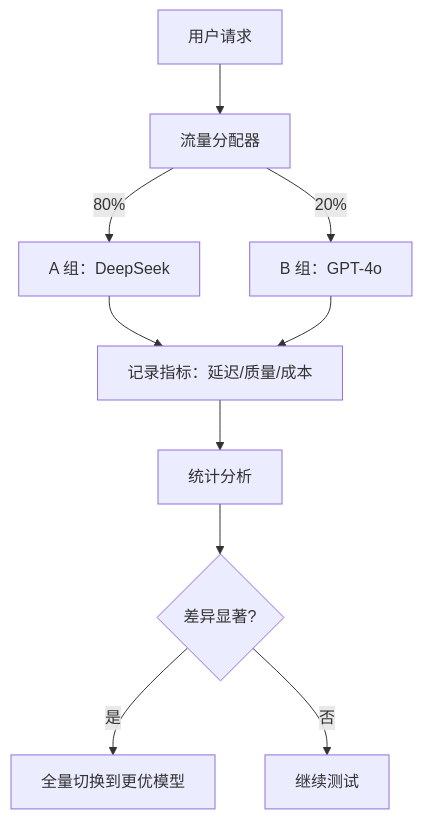
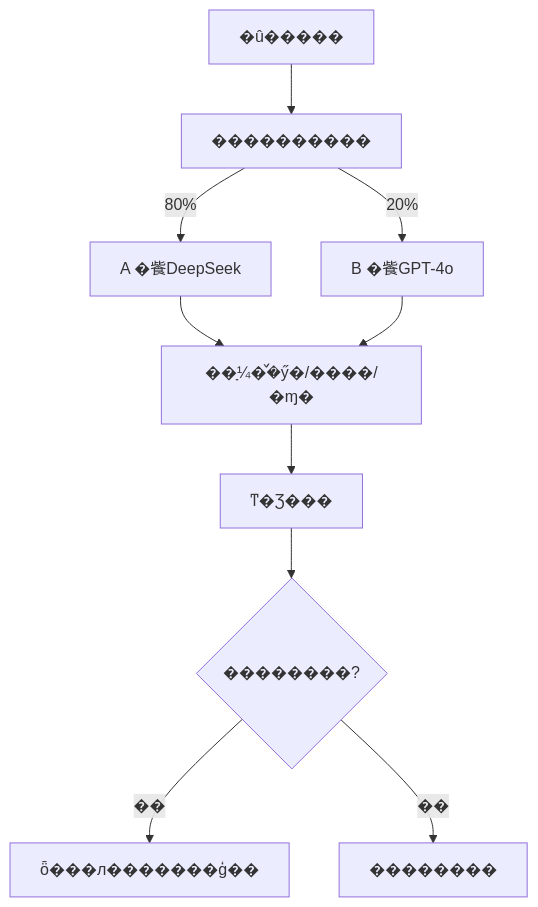
The sixth of 8 diagrams in content/post/ai-interview/SpringAI如何接入多种模型.zh-CN.md (TimeHunter618/hugo-maid-dev), drawn with Mermaid before and after one commit. The commit also changed other lines of this file and 70 other files, not shown here.

````diff
--- a/content/post/ai-interview/SpringAI如何接入多种模型.zh-CN.md
+++ b/content/post/ai-interview/SpringAI如何接入多种模型.zh-CN.md
@@ -562,12 +562,12 @@
 ```mermaid
 graph TD
-    A[用户请求] --> B[流量分配器]
-    B -->|80%| C[A 组：DeepSeek]
-    B -->|20%| D[B 组：GPT-4o]
-    C --> E[记录指标：延迟/质量/成本]
+    A[�û�����] --> B[����������]
+    B -->|80%| C[A �飺DeepSeek]
+    B -->|20%| D[B �飺GPT-4o]
+    C --> E[��¼ָ�꣺�ӳ�/����/�ɱ�]
     D --> E
-    E --> F[统计分析]
-    F --> G{差异显著?}
-    G -->|是| H[全量切换到更优模型]
-    G -->|否| I[继续测试]
+    E --> F[ͳ�Ʒ���]
+    F --> G{��������?}
+    G -->|��| H[ȫ���л�������ģ��]
+    G -->|��| I[��������]
 ```
````
